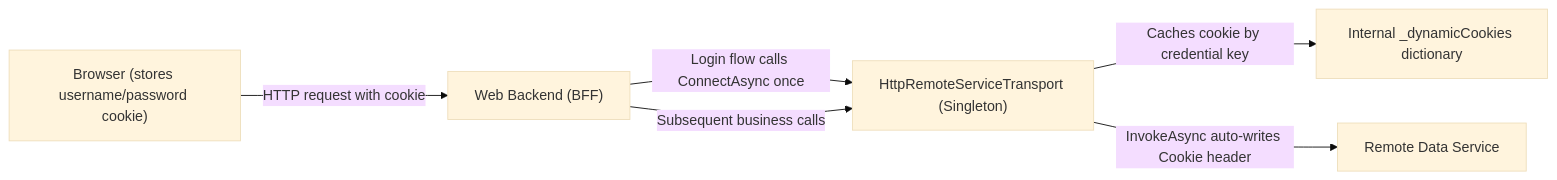
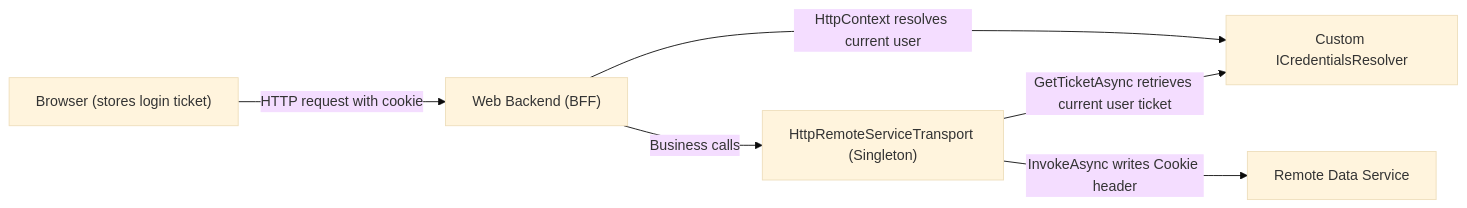
One commit to danjiewu/LiteOrm changed the third of 3 diagrams in docs/03-advanced-topics/09-remote-service.en.md. Above: the diagram before and after it, drawn with Mermaid (base theme). The commit also changed other lines of this file and 16 other files, not shown here.

````diff
--- a/docs/03-advanced-topics/09-remote-service.en.md
+++ b/docs/03-advanced-topics/09-remote-service.en.md
@@ -510,8 +579,8 @@
 ```mermaid
 graph LR
-    Browser["Browser (stores username/password cookie)"] -->|HTTP request with cookie| Web["Web Backend (BFF)"]
-    Web -->|Login flow calls ConnectAsync once| Transport["HttpRemoteServiceTransport (Singleton)"]
-    Transport -->|Caches cookie by credential key| Cache["Internal _dynamicCookies dictionary"]
-    Web -->|Subsequent business calls| Transport
-    Transport -->|InvokeAsync auto-writes Cookie header| Remote["Remote Data Service"]
+    Browser["Browser (stores login ticket)"] -->|HTTP request with cookie| Web["Web Backend (BFF)"]
+    Web -->|HttpContext resolves current user| Resolver["Custom ICredentialsResolver"]
+    Web -->|Business calls| Transport["HttpRemoteServiceTransport (Singleton)"]
+    Transport -->|GetTicketAsync retrieves current user ticket| Resolver
+    Transport -->|InvokeAsync writes Cookie header| Remote["Remote Data Service"]
 ```
````
